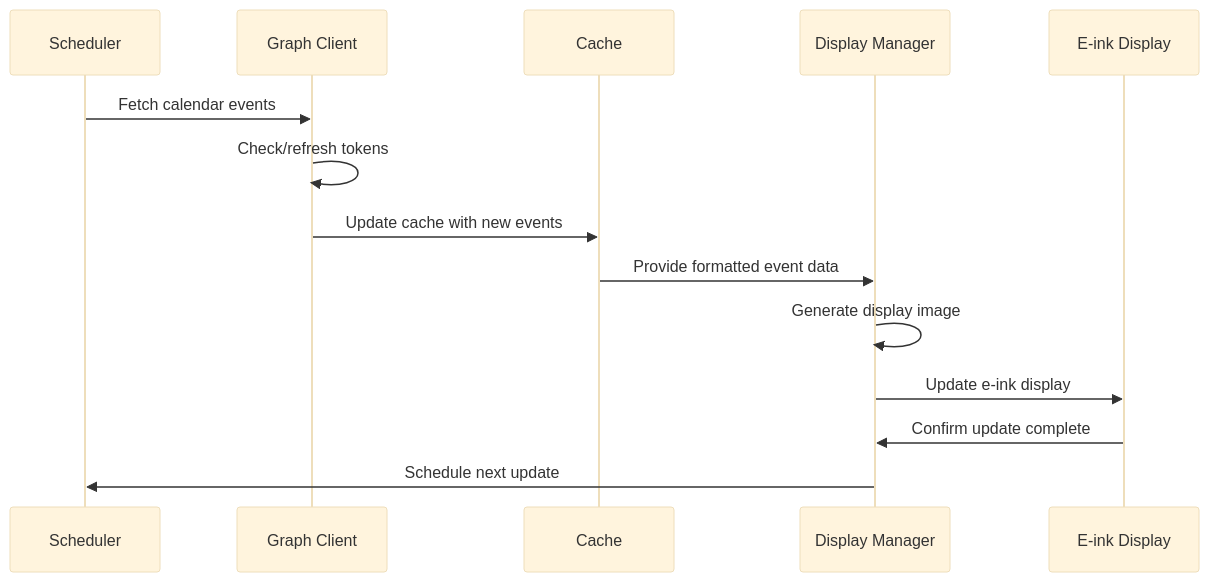
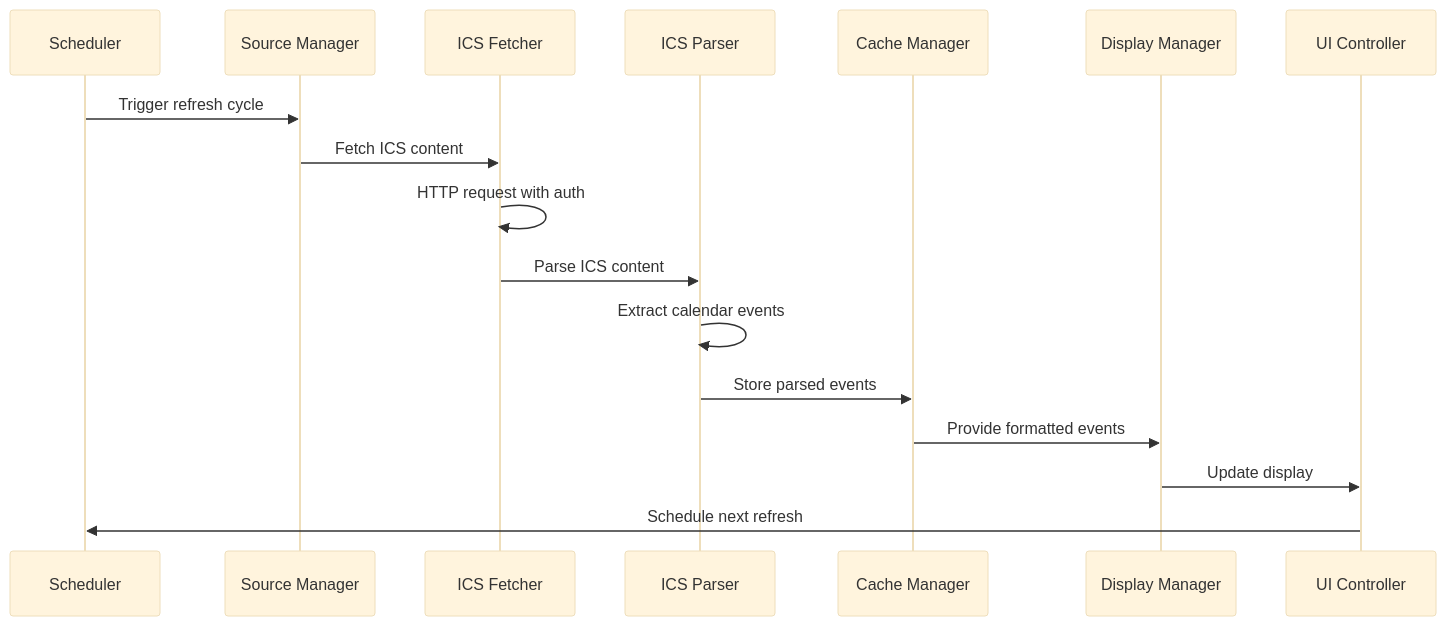
Before and after one commit to bencan1a/calendarBot: the second of 2 diagrams in ARCHITECTURE.md, drawn with Mermaid (base theme). The commit also changed other lines of this file and 7 other files, not shown here.

First line of the commit message:
feat: Major overhaul to migrate from Microsoft Graph API to ICS Calendar system

````diff
--- a/ARCHITECTURE.md
+++ b/ARCHITECTURE.md
@@ -191,17 +202,20 @@
 ```mermaid
 sequenceDiagram
     participant S as Scheduler
-    participant API as Graph Client
-    participant C as Cache
+    participant SM as Source Manager
+    participant IF as ICS Fetcher
+    participant IP as ICS Parser
+    participant C as Cache Manager
     participant D as Display Manager
-    participant E as E-ink Display
+    participant UI as UI Controller
     
-    S->>API: Fetch calendar events
-    API->>API: Check/refresh tokens
-    API->>C: Update cache with new events
-    C->>D: Provide formatted event data
-    D->>D: Generate display image
-    D->>E: Update e-ink display
-    E->>D: Confirm update complete
-    D->>S: Schedule next update
+    S->>SM: Trigger refresh cycle
+    SM->>IF: Fetch ICS content
+    IF->>IF: HTTP request with auth
+    IF->>IP: Parse ICS content
+    IP->>IP: Extract calendar events
+    IP->>C: Store parsed events
+    C->>D: Provide formatted events
+    D->>UI: Update display
+    UI->>S: Schedule next refresh
 ```
````
